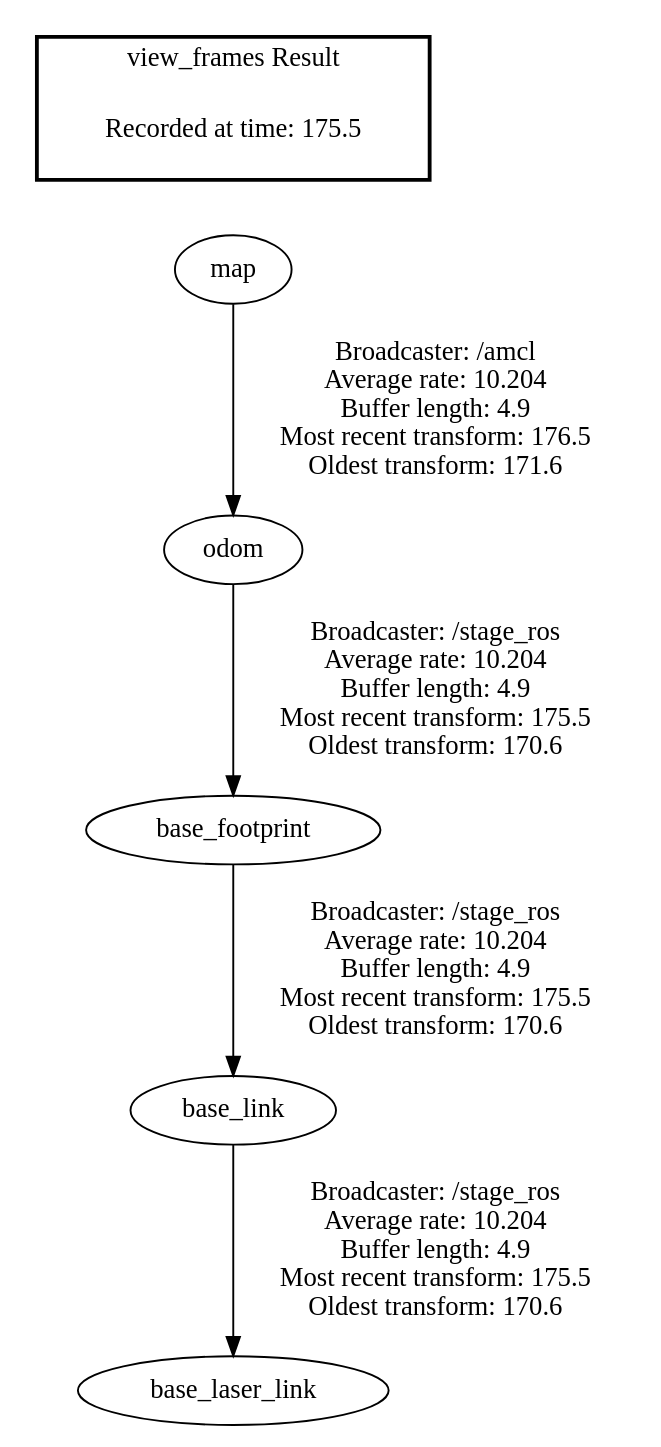
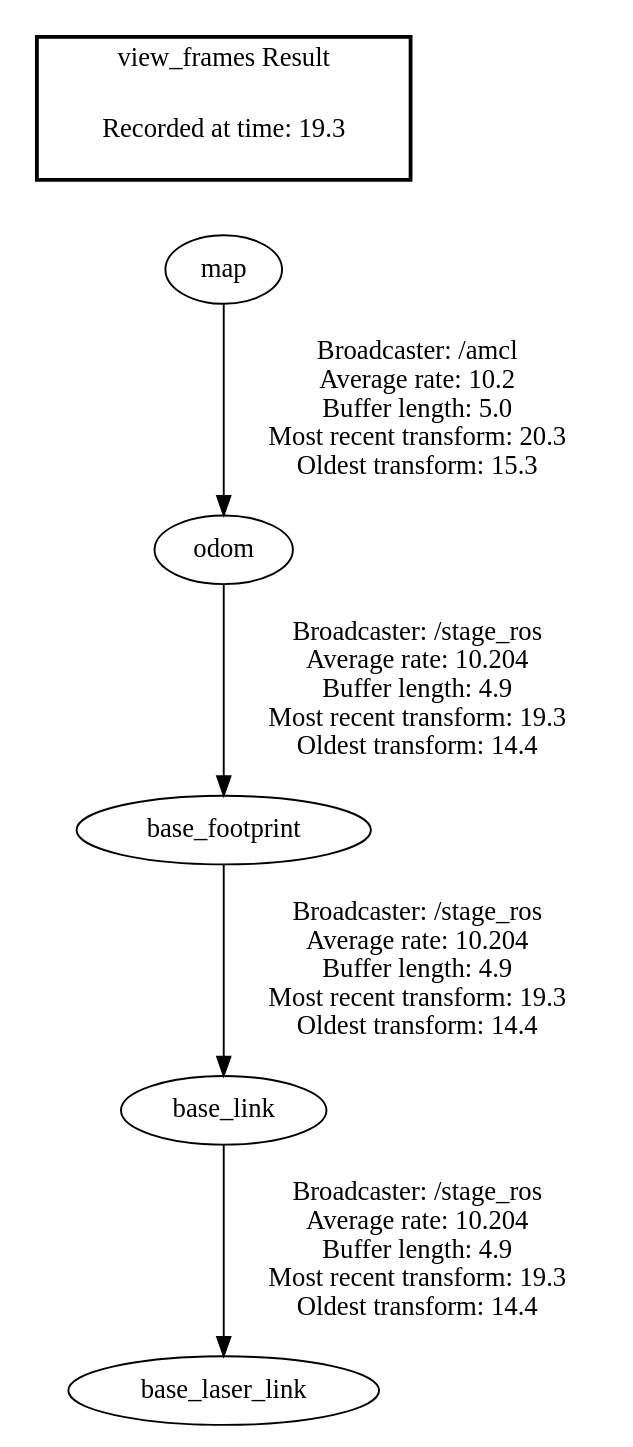
One commit to nereagallego/AR changed the diagram in catkin_ws/frames.gv. Above: the diagram before and after it, drawn with Graphviz. The commit also changed 2 other files, not shown here.

```diff
--- a/catkin_ws/frames.gv
+++ b/catkin_ws/frames.gv
@@ -1,10 +1,10 @@
 digraph G {
-"base_link" -> "base_laser_link"[label=" Broadcaster: /stage_ros\nAverage rate: 10.204\nBuffer length: 4.9\nMost recent transform: 175.5\nOldest transform: 170.6\n"];
-"base_footprint" -> "base_link"[label=" Broadcaster: /stage_ros\nAverage rate: 10.204\nBuffer length: 4.9\nMost recent transform: 175.5\nOldest transform: 170.6\n"];
-"odom" -> "base_footprint"[label=" Broadcaster: /stage_ros\nAverage rate: 10.204\nBuffer length: 4.9\nMost recent transform: 175.5\nOldest transform: 170.6\n"];
-"map" -> "odom"[label=" Broadcaster: /amcl\nAverage rate: 10.204\nBuffer length: 4.9\nMost recent transform: 176.5\nOldest transform: 171.6\n"];
+"map" -> "odom"[label=" Broadcaster: /amcl\nAverage rate: 10.2\nBuffer length: 5.0\nMost recent transform: 20.3\nOldest transform: 15.3\n"];
+"base_link" -> "base_laser_link"[label=" Broadcaster: /stage_ros\nAverage rate: 10.204\nBuffer length: 4.9\nMost recent transform: 19.3\nOldest transform: 14.4\n"];
+"base_footprint" -> "base_link"[label=" Broadcaster: /stage_ros\nAverage rate: 10.204\nBuffer length: 4.9\nMost recent transform: 19.3\nOldest transform: 14.4\n"];
+"odom" -> "base_footprint"[label=" Broadcaster: /stage_ros\nAverage rate: 10.204\nBuffer length: 4.9\nMost recent transform: 19.3\nOldest transform: 14.4\n"];
 edge [style=invis];
  subgraph cluster_legend { style=bold; color=black; label ="view_frames Result";
-"Recorded at time: 175.5"[ shape=plaintext ] ;
+"Recorded at time: 19.3"[ shape=plaintext ] ;
 }->"map";
 }
```
